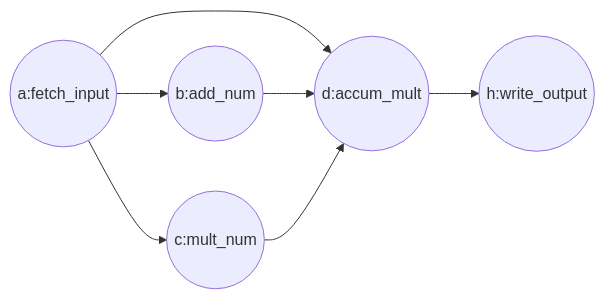
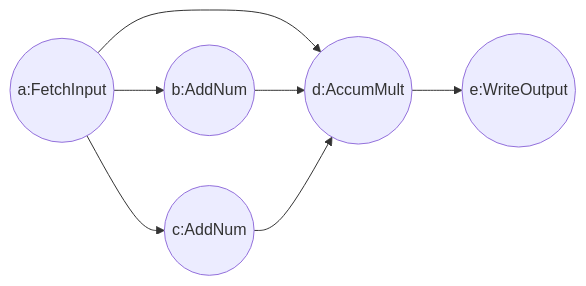
One commit to LionkingYang/taskflow changed the diagram in example/math_test/README.md. Above: the diagram before and after it, drawn with Mermaid. The commit also changed other lines of this file and 5 other files, not shown here.

````diff
--- a/example/math_test/README.md
+++ b/example/math_test/README.md
@@ -7,9 +7,9 @@
 ```mermaid
 graph LR
-   a((a:fetch_input)) --> b((b:add_num))
-a((a:fetch_input)) --> c((c:mult_num))
-a((a:fetch_input)) --> d((d:accum_mult))
-b((b:add_num)) --> d((d:accum_mult))
-c((c:mult_num)) --> d((d:accum_mult))
-d((d:accum_mult)) --> h((h:write_output))
+a((a:FetchInput)) --> b((b:AddNum))
+a((a:FetchInput)) --> c((c:AddNum))
+a((a:FetchInput)) --> d((d:AccumMult))
+b((b:AddNum)) --> d((d:AccumMult))
+c((c:AddNum)) --> d((d:AccumMult))
+d((d:AccumMult)) --> e((e:WriteOutput))
 ```
````
